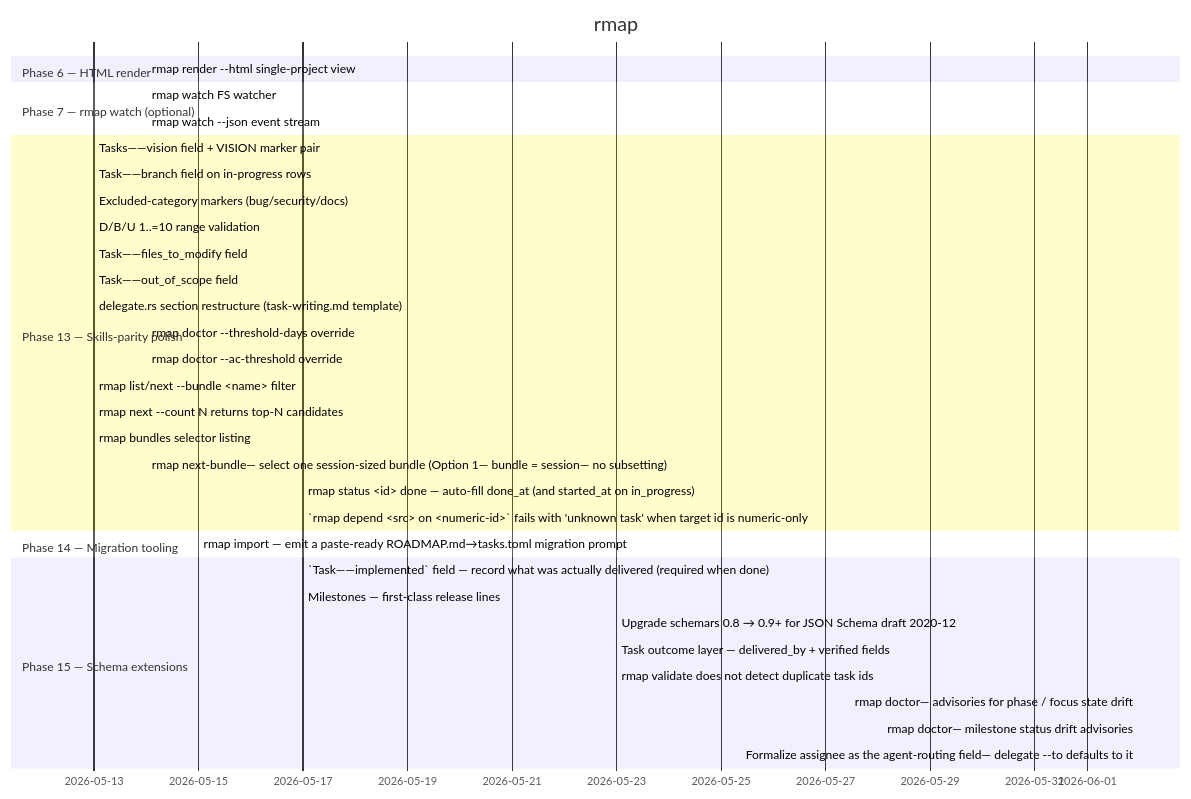
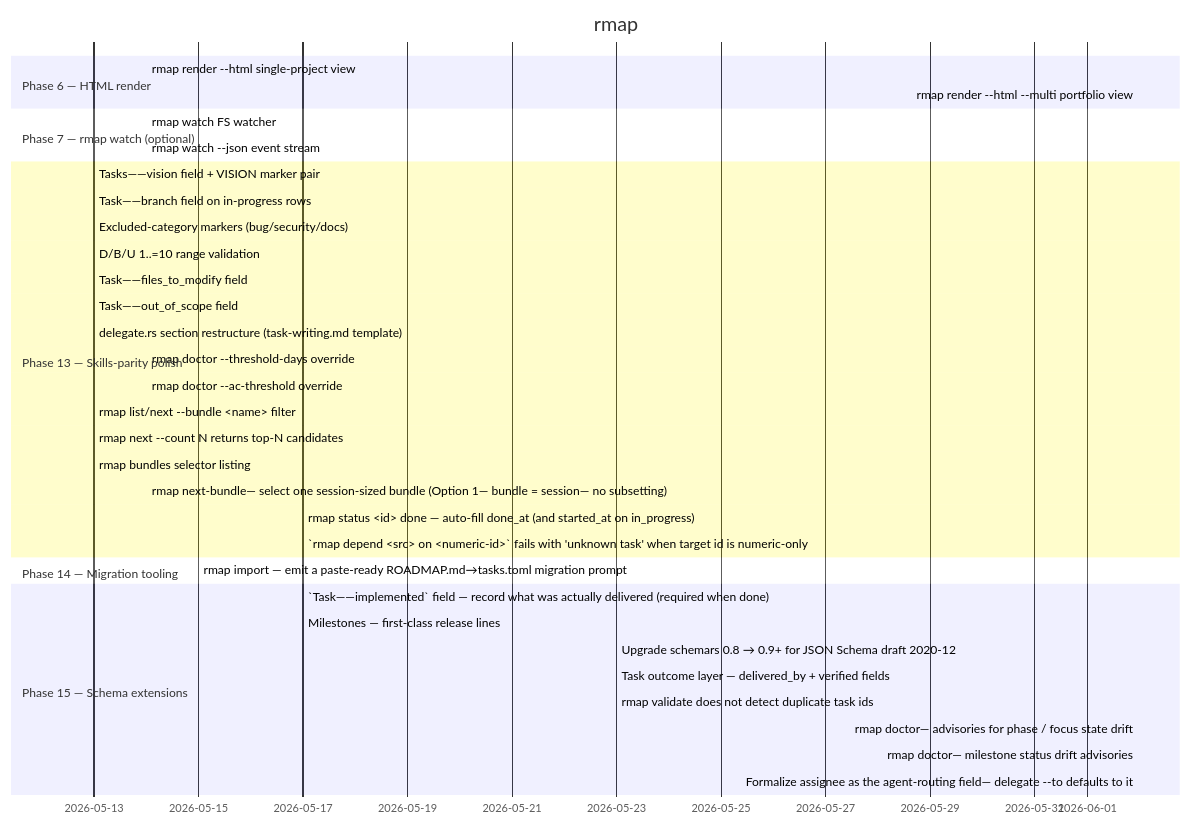
One commit to ZenHive/rmap changed the diagram in ROADMAP.md. Above: the diagram before and after it, drawn with Mermaid. The commit also changed other lines of this file and 2 other files, not shown here.

Commit message:
roadmap: Task 9 done --verified --shipped-in 21c5d2e (html --multi portfolio + single-view restyle, salvaged from harness run)

````diff
--- a/ROADMAP.md
+++ b/ROADMAP.md
@@ -14,37 +14,38 @@
 ```mermaid
 gantt
     title rmap
     dateFormat YYYY-MM-DD
     section Phase 6 — HTML render
     rmap render --html single-project view :done, 2026-05-14, 2026-05-14
+    rmap render --html --multi portfolio view :done, 2026-06-02, 2026-06-02
     section Phase 7 — rmap watch (optional)
     rmap watch FS watcher :done, 2026-05-14, 2026-05-14
     rmap watch --json event stream :done, 2026-05-14, 2026-05-14
     section Phase 13 — Skills-parity polish
     Tasks——vision field + VISION marker pair :done, 2026-05-13, 2026-05-13
     Task——branch field on in-progress rows :done, 2026-05-13, 2026-05-13
     Excluded-category markers (bug/security/docs) :done, 2026-05-13, 2026-05-13
     D/B/U 1..=10 range validation :done, 2026-05-13, 2026-05-13
     Task——files_to_modify field :done, 2026-05-13, 2026-05-13
     Task——out_of_scope field :done, 2026-05-13, 2026-05-13
     delegate.rs section restructure (task-writing.md template) :done, 2026-05-13, 2026-05-13
     rmap doctor --threshold-days override :done, 2026-05-14, 2026-05-14
     rmap doctor --ac-threshold override :done, 2026-05-14, 2026-05-14
     rmap list/next --bundle <name> filter :done, 2026-05-13, 2026-05-13
     rmap next --count N returns top-N candidates :done, 2026-05-13, 2026-05-13
     rmap bundles selector listing :done, 2026-05-13, 2026-05-13
     rmap next-bundle— select one session-sized bundle (Option 1— bundle = session— no subsetting) :done, 2026-05-14, 2026-05-14
     rmap status <id> done — auto-fill done_at (and started_at on in_progress) :done, 2026-05-17, 2026-05-17
     `rmap depend <src> on <numeric-id>` fails with 'unknown task' when target id is numeric-only :done, 2026-05-17, 2026-05-17
     section Phase 14 — Migration tooling
     rmap import — emit a paste-ready ROADMAP.md→tasks.toml migration prompt :done, 2026-05-15, 2026-05-15
     section Phase 15 — Schema extensions
     `Task——implemented` field — record what was actually delivered (required when done) :done, 2026-05-17, 2026-05-17
     Milestones — first-class release lines :done, 2026-05-17, 2026-05-17
     Upgrade schemars 0.8 → 0.9+ for JSON Schema draft 2020-12 :done, 2026-05-23, 2026-05-23
     Task outcome layer — delivered_by + verified fields :done, 2026-05-23, 2026-05-23
     rmap validate does not detect duplicate task ids :done, 2026-05-23, 2026-05-23
     rmap doctor— advisories for phase / focus state drift :done, 2026-06-02, 2026-06-02
     rmap doctor— milestone status drift advisories :done, 2026-06-02, 2026-06-02
     Formalize assignee as the agent-routing field— delegate --to defaults to it :done, 2026-06-02, 2026-06-02
 ```
````
